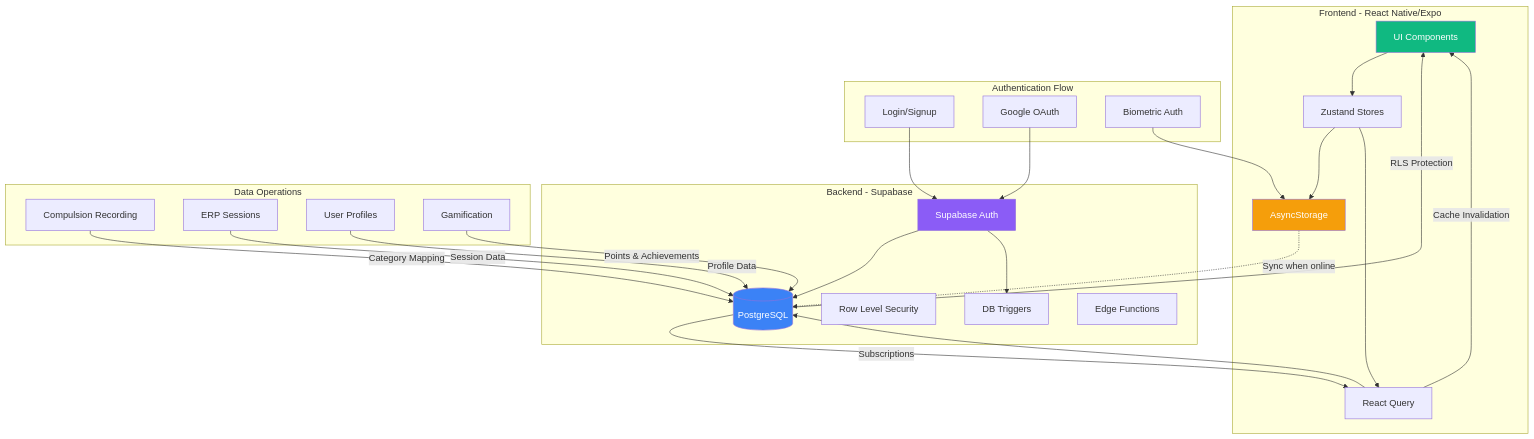
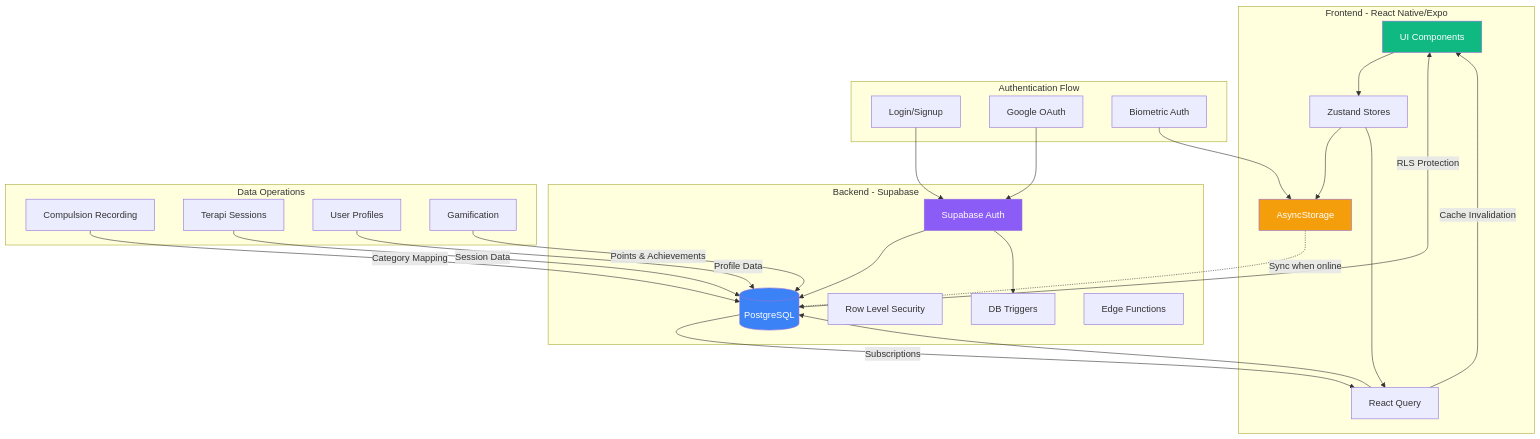
Before and after one commit to adilyoltay/obsessless-mobile-app: the third of 7 diagrams in archive/2025-01-legacy/obsessless-flow.md, drawn with Mermaid. The commit also changed other lines of this file and 24 other files, not shown here.

````diff
--- a/archive/2025-01-legacy/obsessless-flow.md
+++ b/archive/2025-01-legacy/obsessless-flow.md
@@ -958,62 +958,62 @@
 ```mermaid
 flowchart TB
     subgraph "Frontend - React Native/Expo"
         UI[UI Components]
         ZS[Zustand Stores]
         RQ[React Query]
         AS[AsyncStorage]
     end
     
     subgraph "Authentication Flow"
         Login[Login/Signup]
         OAuth[Google OAuth]
         Bio[Biometric Auth]
     end
     
     subgraph "Backend - Supabase"
         Auth[Supabase Auth]
         DB[(PostgreSQL)]
         RLS[Row Level Security]
         Triggers[DB Triggers]
         Edge[Edge Functions]
     end
     
     subgraph "Data Operations"
         C1[Compulsion Recording]
-        C2[ERP Sessions]
+        C2[Terapi Sessions]
         C3[User Profiles]
         C4[Gamification]
     end
     
     %% Authentication Flow
     Login --> Auth
     OAuth --> Auth
     Bio --> AS
     Auth --> DB
     Auth --> Triggers
     
     %% UI to State Management
     UI --> ZS
     ZS --> AS
     ZS --> RQ
     RQ --> DB
     
     %% Data Flow
     C1 --> |Category Mapping| DB
     C2 --> |Session Data| DB
     C3 --> |Profile Data| DB
     C4 --> |Points & Achievements| DB
     
     %% Offline/Online Sync
     AS -.->|Sync when online| DB
     DB -->|RLS Protection| UI
     
     %% Real-time Updates
     DB -->|Subscriptions| RQ
     RQ -->|Cache Invalidation| UI
     
     style UI fill:#10B981,color:#fff
     style DB fill:#3B82F6,color:#fff
     style AS fill:#F59E0B,color:#fff
     style Auth fill:#8B5CF6,color:#fff
 ```
````
